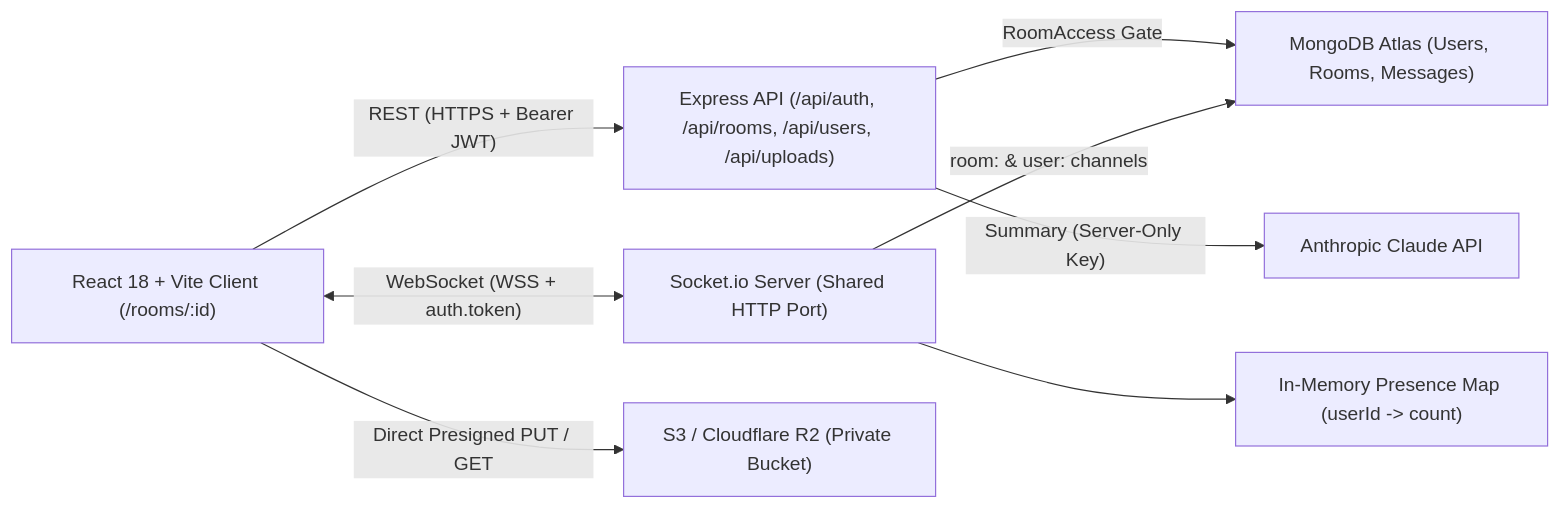
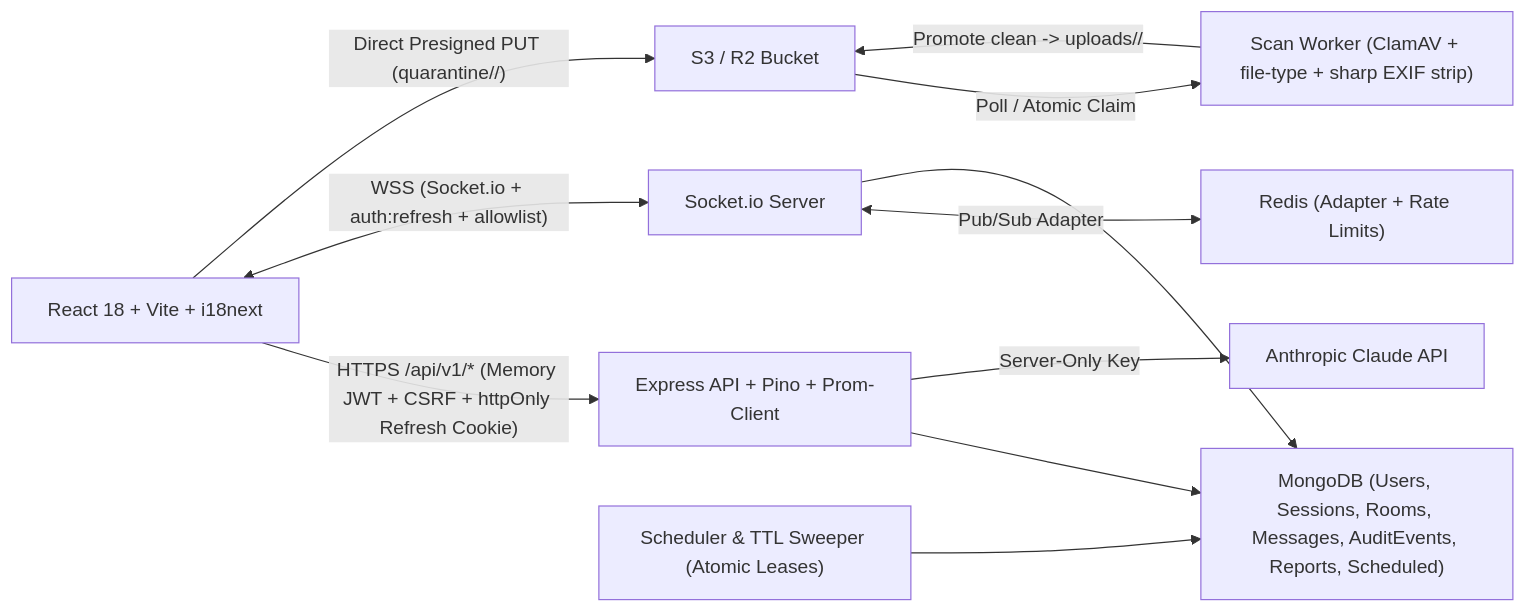
Before and after one commit to Lucky-1608/Real-time-chat-application: the diagram in README.md, drawn with Mermaid. The commit also changed other lines of this file and 11 other files, not shown here.

````diff
--- a/README.md
+++ b/README.md
@@ -22,10 +9,13 @@
 ```mermaid
 flowchart LR
-  Browser["React 18 + Vite Client (/rooms/:id)"] -->|"REST (HTTPS + Bearer JWT)"| Express["Express API (/api/auth, /api/rooms, /api/users, /api/uploads)"]
-  Browser <-->|"WebSocket (WSS + auth.token)"| SocketIO["Socket.io Server (Shared HTTP Port)"]
-  Browser -->|"Direct Presigned PUT / GET"| S3["S3 / Cloudflare R2 (Private Bucket)"]
-  Express -->|"RoomAccess Gate"| Mongo["MongoDB Atlas (Users, Rooms, Messages)"]
-  Express -->|"Summary (Server-Only Key)"| Claude["Anthropic Claude API"]
-  SocketIO -->|"room:<id> & user:<id> channels"| Mongo
-  SocketIO --> Presence["In-Memory Presence Map (userId -> count)"]
+  Client["React 18 + Vite + i18next"] -->|"HTTPS /api/v1/* (Memory JWT + CSRF + httpOnly Refresh Cookie)"| API["Express API + Pino + Prom-Client"]
+  Client <-->|"WSS (Socket.io + auth:refresh + allowlist)"| WS["Socket.io Server"]
+  Client -->|"Direct Presigned PUT (quarantine/<roomId>/)"| S3["S3 / R2 Bucket"]
+  S3 -->|"Poll / Atomic Claim"| Scanner["Scan Worker (ClamAV + file-type + sharp EXIF strip)"]
+  Scanner -->|"Promote clean -> uploads/<roomId>/"| S3
+  WS <-->|"Pub/Sub Adapter"| Redis["Redis (Adapter + Rate Limits)"]
+  API --> Mongo["MongoDB (Users, Sessions, Rooms, Messages, AuditEvents, Reports, Scheduled)"]
+  WS --> Mongo
+  Scheduler["Scheduler & TTL Sweeper (Atomic Leases)"] --> Mongo
+  API -->|"Server-Only Key"| Claude["Anthropic Claude API"]
 ```
````
